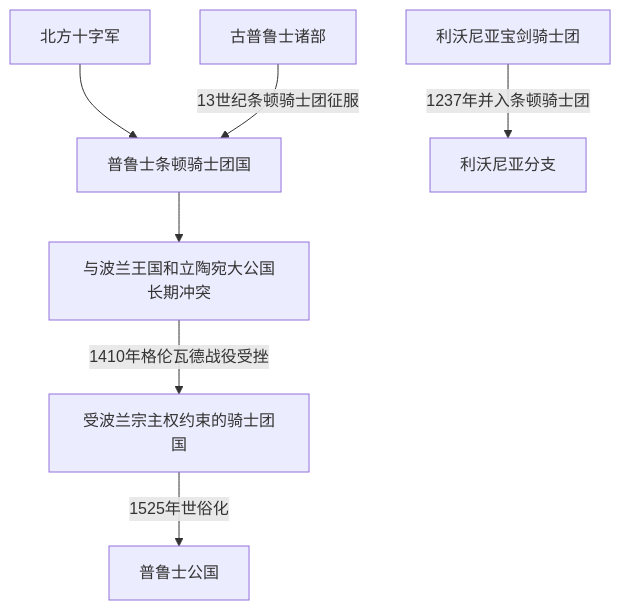
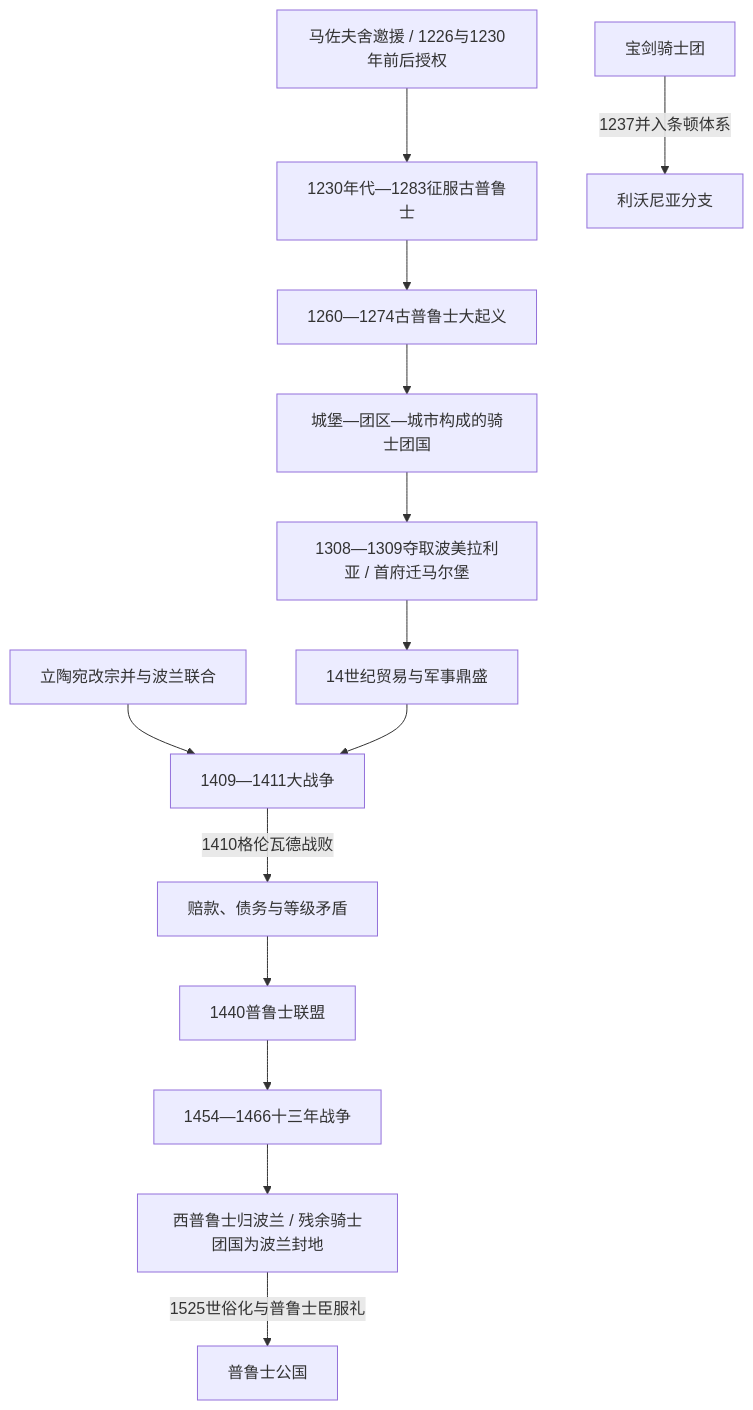
Before and after one commit to tianlan-dev/learning-notes: the diagram in 人文科学/历史/欧洲/波罗的海/条顿骑士团国与波罗的海秩序.md, drawn with Mermaid. The commit also changed other lines of this file and 1417 other files, not shown here.

````diff
--- a/人文科学/历史/欧洲/波罗的海/条顿骑士团国与波罗的海秩序.md
+++ b/人文科学/历史/欧洲/波罗的海/条顿骑士团国与波罗的海秩序.md
@@ -21,9 +25,16 @@
 ```mermaid
 flowchart TD
-    NorthernCrusade["北方十字军"] --> TeutonicState["普鲁士条顿骑士团国"]
-    OldPrussians["古普鲁士诸部"] -->|13世纪条顿骑士团征服| TeutonicState
-    SwordBrothers["利沃尼亚宝剑骑士团"] -->|1237年并入条顿骑士团| LivonianBranch["利沃尼亚分支"]
-    TeutonicState --> Conflict["与波兰王国和立陶宛大公国长期冲突"]
-    Conflict -->|1410年格伦瓦德战役受挫| ReducedState["受波兰宗主权约束的骑士团国"]
-    ReducedState -->|1525年世俗化| PrussianDuchy["普鲁士公国"]
+    Invitation["马佐夫舍邀援 / 1226与1230年前后授权"] --> Conquest["1230年代—1283征服古普鲁士"]
+    Conquest --> Uprising["1260—1274古普鲁士大起义"]
+    Uprising --> OrderState["城堡—团区—城市构成的骑士团国"]
+    SwordBrothers["宝剑骑士团"] -->|1237并入条顿体系| LivonianBranch["利沃尼亚分支"]
+    OrderState --> Expansion["1308—1309夺取波美拉利亚 / 首府迁马尔堡"]
+    Expansion --> Peak["14世纪贸易与军事鼎盛"]
+    Lithuania["立陶宛改宗并与波兰联合"] --> GreatWar["1409—1411大战争"]
+    Peak --> GreatWar
+    GreatWar -->|1410格伦瓦德战败| FiscalCrisis["赔款、债务与等级矛盾"]
+    FiscalCrisis --> Confederation["1440普鲁士联盟"]
+    Confederation --> ThirteenYears["1454—1466十三年战争"]
+    ThirteenYears --> VassalState["西普鲁士归波兰 / 残余骑士团国为波兰封地"]
+    VassalState -->|1525世俗化与普鲁士臣服礼| Duchy["普鲁士公国"]
 ```
````
